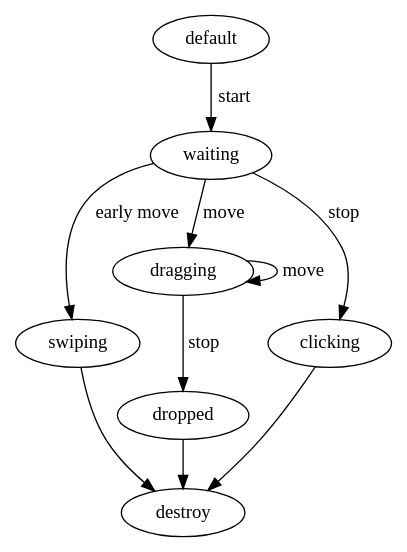
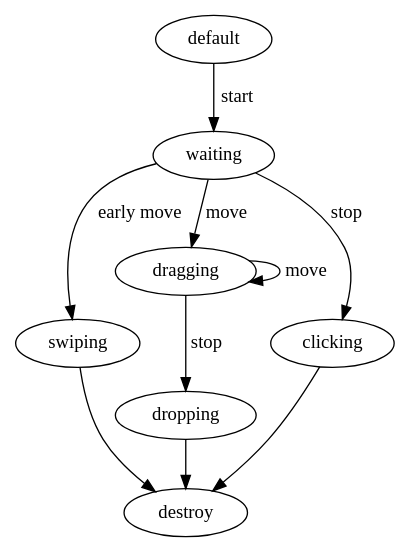
Before and after one commit to adopted-ember-addons/ember-sortable: the diagram in states.dot, drawn with Graphviz. The commit also changed 3 other files, not shown here.

```diff
--- a/states.dot
+++ b/states.dot
@@ -1,11 +1,11 @@
 digraph {
   default -> waiting [label="start"]
   waiting -> swiping [label="early move"]
   swiping -> destroy
   waiting -> dragging [label="move"]
   waiting -> clicking [label="stop"]
   clicking -> destroy
   dragging -> dragging [label="move"]
-  dragging -> dropped [label="stop"]
-  dropped -> destroy
+  dragging -> dropping [label="stop"]
+  dropping -> destroy
 }
```
